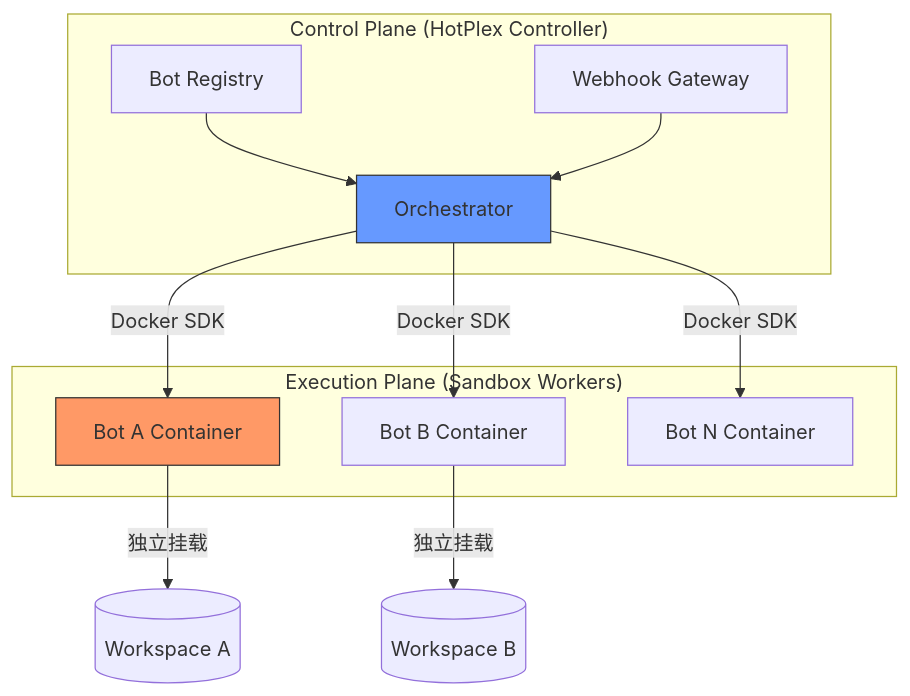
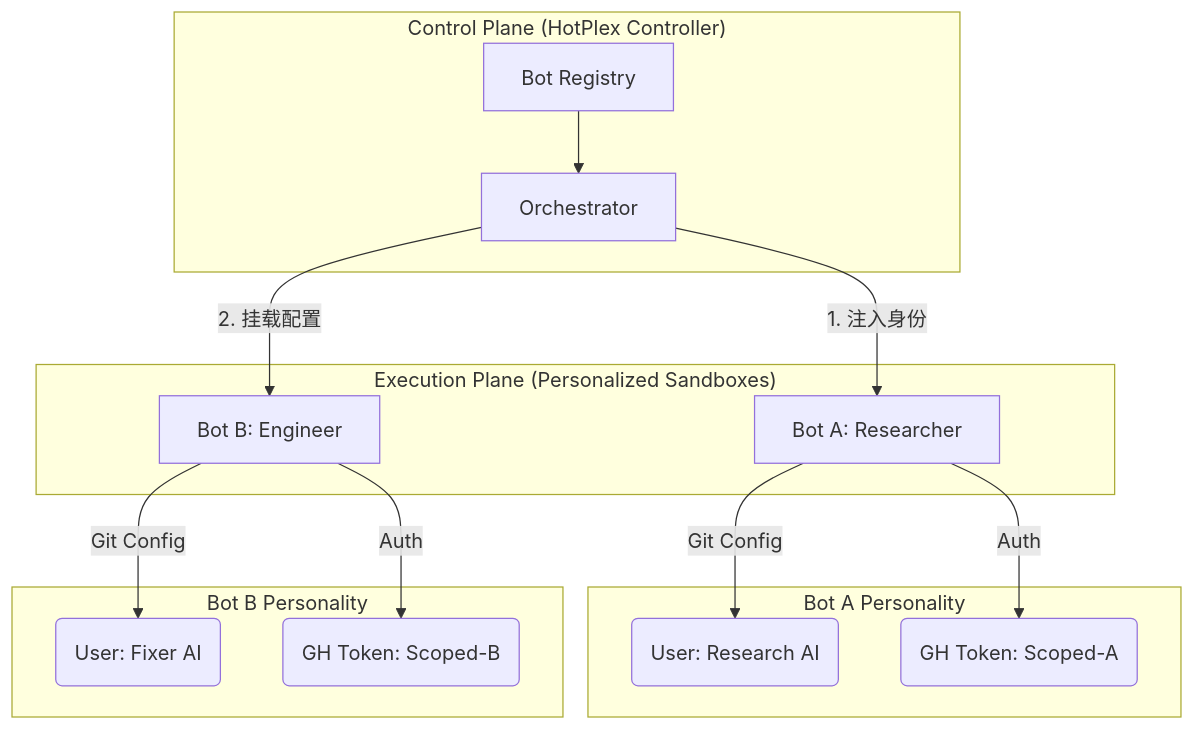
Before and after one commit to hrygo/HotPlex: the diagram in docs/plans/2026-03-06-baac-architecture.md, drawn with Mermaid. The commit also changed other lines of this file and 5 other files, not shown here.

First line of the commit message:
docs: add architecture diagrams and update deployment docs

````diff
--- a/docs/plans/2026-03-06-baac-architecture.md
+++ b/docs/plans/2026-03-06-baac-architecture.md
@@ -19,19 +17,21 @@
 ```mermaid
 graph TD
     subgraph "Control Plane (HotPlex Controller)"
         Reg[Bot Registry] --> Mgr[Orchestrator]
-        Web[Webhook Gateway] --> Mgr
     end
     
-    subgraph "Execution Plane (Sandbox Workers)"
-        Mgr -- Docker SDK --> B1[Bot A Container]
-        Mgr -- Docker SDK --> B2[Bot B Container]
-        Mgr -- Docker SDK --> B3[Bot N Container]
+    subgraph "Execution Plane (Personalized Sandboxes)"
+        Mgr -- "1. 注入身份" --> B1[Bot A: Researcher]
+        Mgr -- "2. 挂载配置" --> B2[Bot B: Engineer]
     end
 
-    B1 -- 独立挂载 --> VolA[(Workspace A)]
-    B2 -- 独立挂载 --> VolB[(Workspace B)]
+    subgraph "Bot A Personality"
+        B1 -- Git Config --> G1(User: Research AI)
+        B1 -- Auth --> GH1(GH Token: Scoped-A)
+    end
     
-    style B1 fill:#f96,stroke:#333
-    style Mgr fill:#69f,stroke:#333
+    subgraph "Bot B Personality"
+        B2 -- Git Config --> G2(User: Fixer AI)
+        B2 -- Auth --> GH2(GH Token: Scoped-B)
+    end
 ```
````
